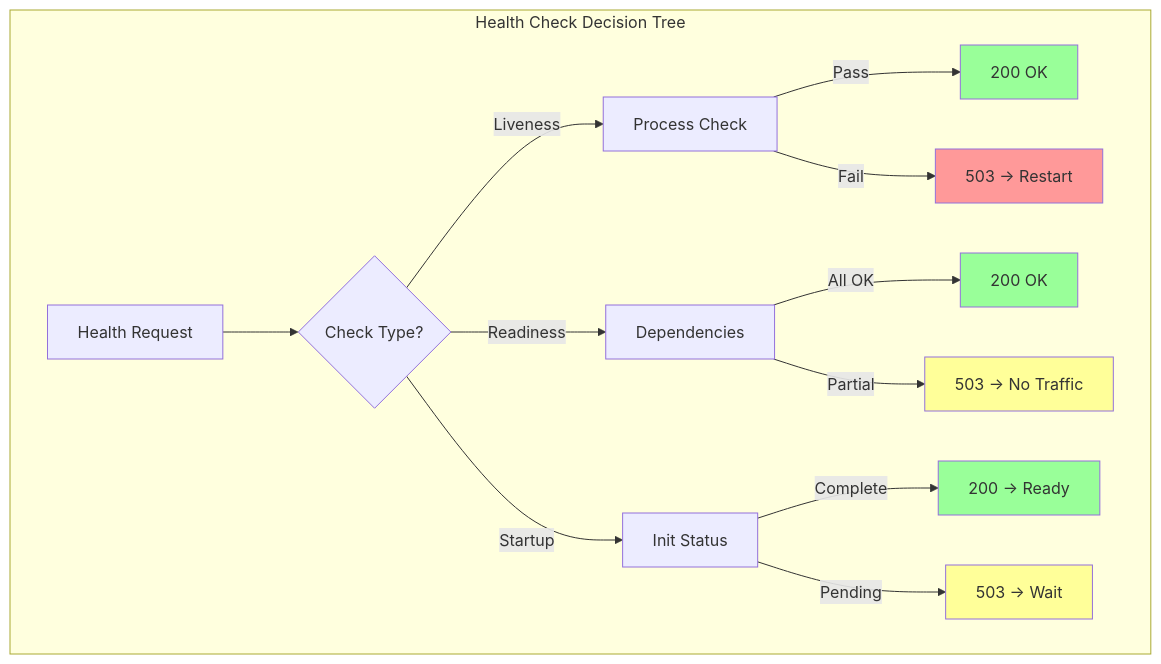
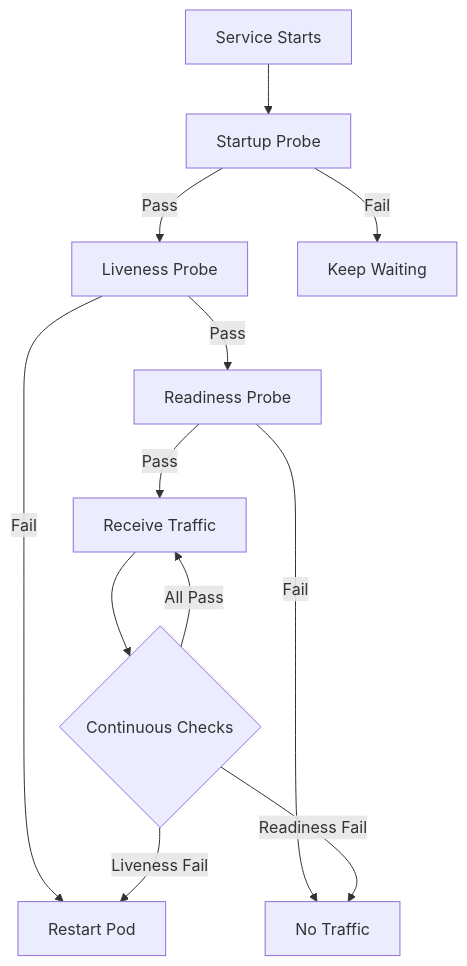
Before and after one commit to deepaucksharma/DStudio: the second of 4 diagrams in docs/pattern-library/resilience/health-check.md, drawn with Mermaid. The commit also changed other lines of this file and 64 other files, not shown here.

````diff
--- a/docs/pattern-library/resilience/health-check.md
+++ b/docs/pattern-library/resilience/health-check.md
@@ -69,26 +175,15 @@
 ```mermaid
-flowchart TD
-    subgraph "Health Check Decision Tree"
-        Request[Health Request] --> Type{Check Type?}
-        
-        Type -->|Liveness| L[Process Check]
-        Type -->|Readiness| R[Dependencies]
-        Type -->|Startup| S[Init Status]
-        
-        L -->|Pass| L200[200 OK]
-        L -->|Fail| L503[503 → Restart]
-        
-        R -->|All OK| R200[200 OK]
-        R -->|Partial| R503[503 → No Traffic]
-        
-        S -->|Complete| S200[200 → Ready]
-        S -->|Pending| S503[503 → Wait]
-    end
+graph TD
+    A[Service Starts] --> B[Startup Probe]
+    B -->|Pass| C[Liveness Probe]
+    B -->|Fail| D[Keep Waiting]
+    C -->|Pass| E[Readiness Probe]
+    C -->|Fail| F[Restart Pod]
+    E -->|Pass| G[Receive Traffic]
+    E -->|Fail| H[No Traffic]
     
-    style L200 fill:#9f9
-    style R200 fill:#9f9
-    style S200 fill:#9f9
-    style L503 fill:#f99
-    style R503 fill:#ff9
-    style S503 fill:#ff9
+    G --> I{Continuous Checks}
+    I -->|Liveness Fail| F
+    I -->|Readiness Fail| H
+    I -->|All Pass| G
 ```
````
